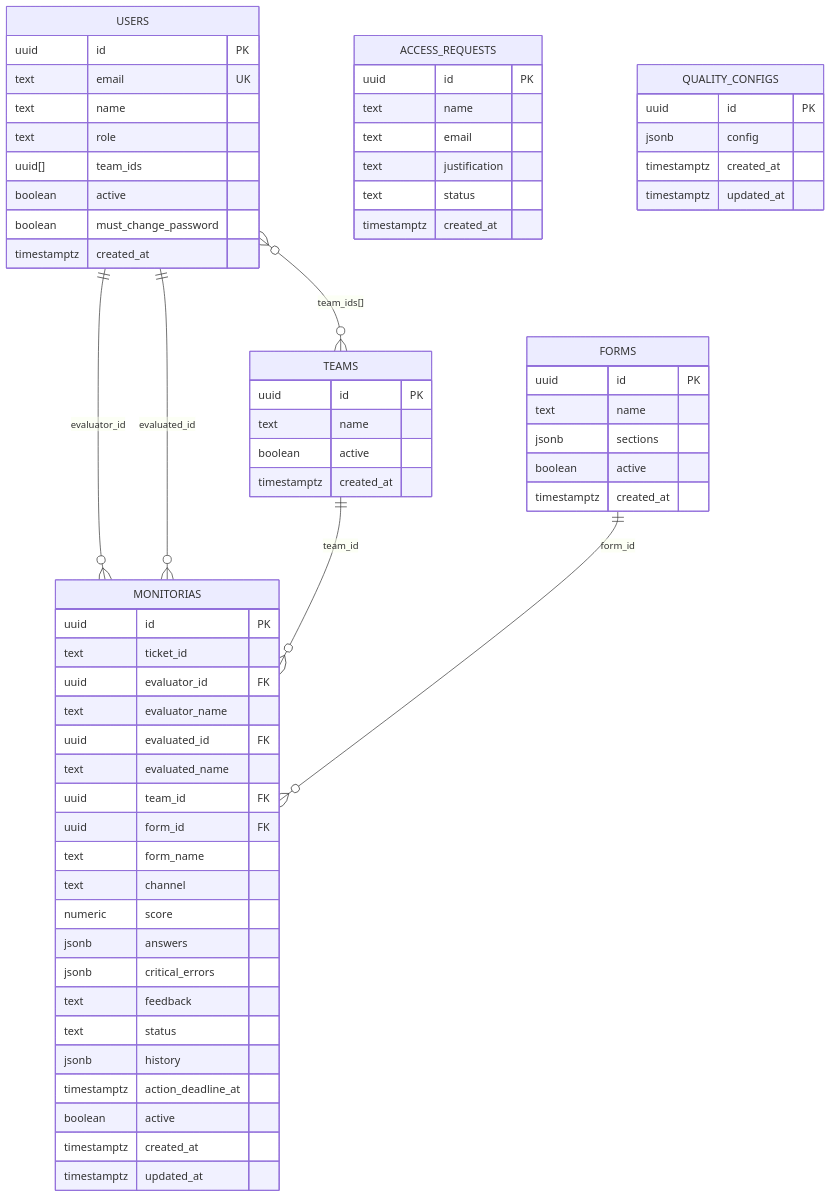
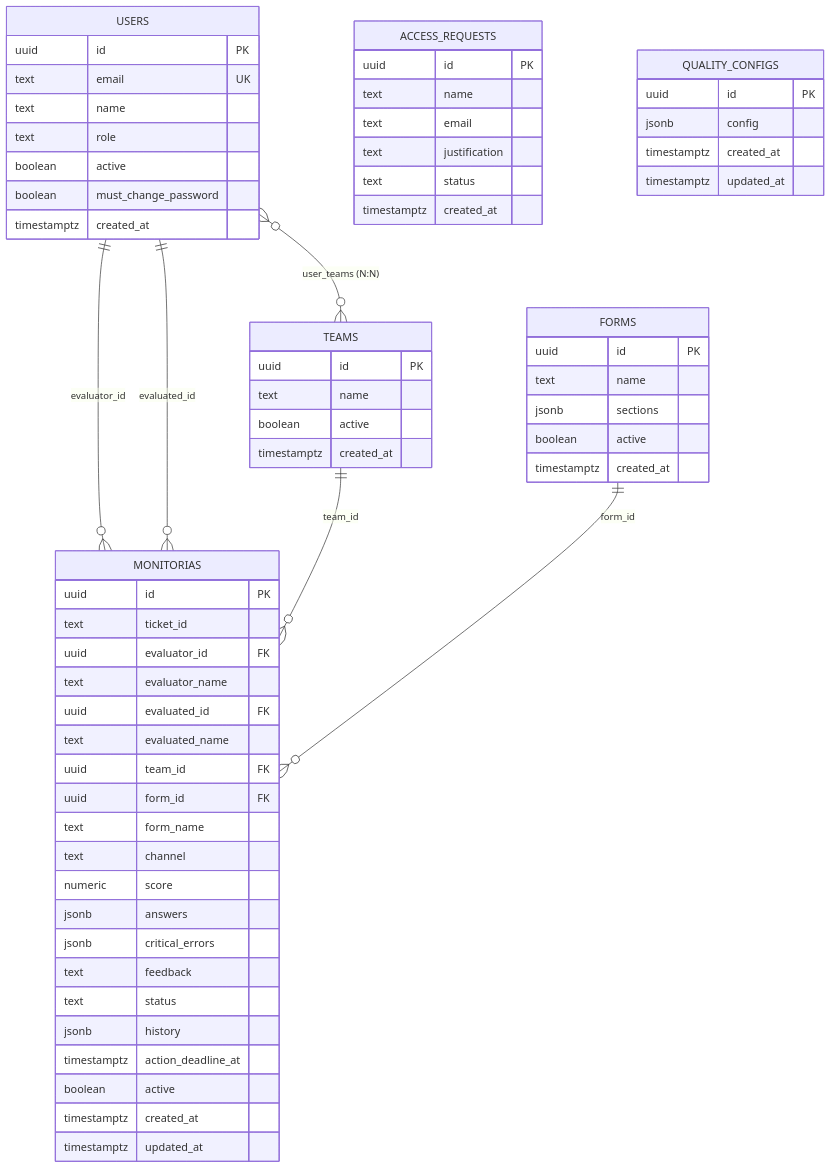
Before and after one commit to allanscode/QualiTrack: the diagram in docs/database/schema.md, drawn with Mermaid. The commit also changed other lines of this file and 7 other files, not shown here.

````diff
--- a/docs/database/schema.md
+++ b/docs/database/schema.md
@@ -9,73 +9,72 @@
 ```mermaid
 erDiagram
     USERS ||--o{ MONITORIAS : "evaluator_id"
     USERS ||--o{ MONITORIAS : "evaluated_id"
     TEAMS ||--o{ MONITORIAS : "team_id"
     FORMS ||--o{ MONITORIAS : "form_id"
-    USERS }o--o{ TEAMS : "team_ids[]"
+USERS }o--o{ TEAMS : "user_teams (N:N)"
 
-    USERS {
-        uuid id PK
-        text email UK
-        text name
-        text role
-        uuid[] team_ids
-        boolean active
-        boolean must_change_password
-        timestamptz created_at
-    }
+USERS {
+uuid id PK
+text email UK
+text name
+text role
+boolean active
+boolean must_change_password
+timestamptz created_at
+}
 
     TEAMS {
         uuid id PK
         text name
         boolean active
         timestamptz created_at
     }
 
     FORMS {
         uuid id PK
         text name
         jsonb sections
         boolean active
         timestamptz created_at
     }
 
     MONITORIAS {
         uuid id PK
         text ticket_id
         uuid evaluator_id FK
         text evaluator_name
         uuid evaluated_id FK
         text evaluated_name
         uuid team_id FK
         uuid form_id FK
         text form_name
         text channel
         numeric score
         jsonb answers
         jsonb critical_errors
         text feedback
         text status
         jsonb history
         timestamptz action_deadline_at
         boolean active
         timestamptz created_at
         timestamptz updated_at
     }
 
     ACCESS_REQUESTS {
         uuid id PK
         text name
         text email
         text justification
         text status
         timestamptz created_at
     }
 
     QUALITY_CONFIGS {
         uuid id PK
         jsonb config
         timestamptz created_at
         timestamptz updated_at
     }
 ```
````
